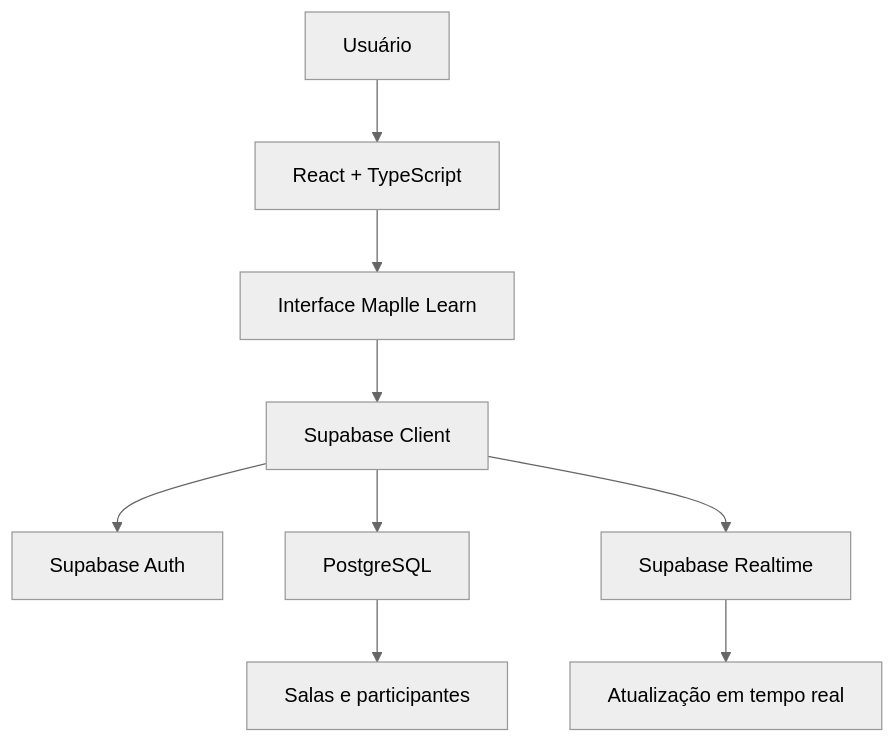
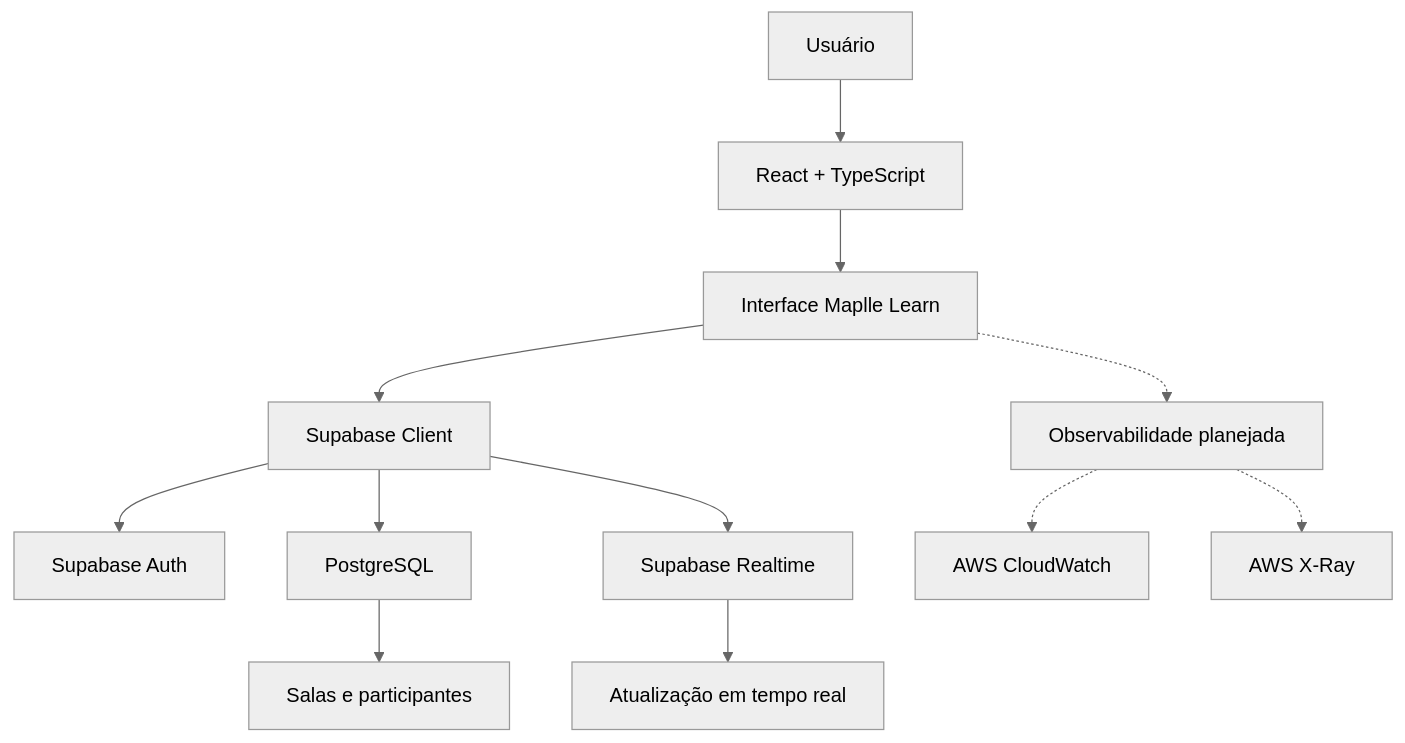
Before and after one commit to breno423/MaplleLearn: the diagram in README.md, drawn with Mermaid (neutral theme). The commit also changed other lines of this file, not shown here.

````diff
--- a/README.md
+++ b/README.md
@@ -74,11 +81,17 @@
 ```mermaid
 flowchart TD
     A[Usuário] --> B[React + TypeScript]
     B --> C[Interface Maplle Learn]
     C --> D[Supabase Client]
+
     D --> E[Supabase Auth]
     D --> F[PostgreSQL]
     D --> G[Supabase Realtime]
+
     F --> H[Salas e participantes]
     G --> I[Atualização em tempo real]
+
+    C -.-> J[Observabilidade planejada]
+    J -.-> K[AWS CloudWatch]
+    J -.-> L[AWS X-Ray]
 ```
````
